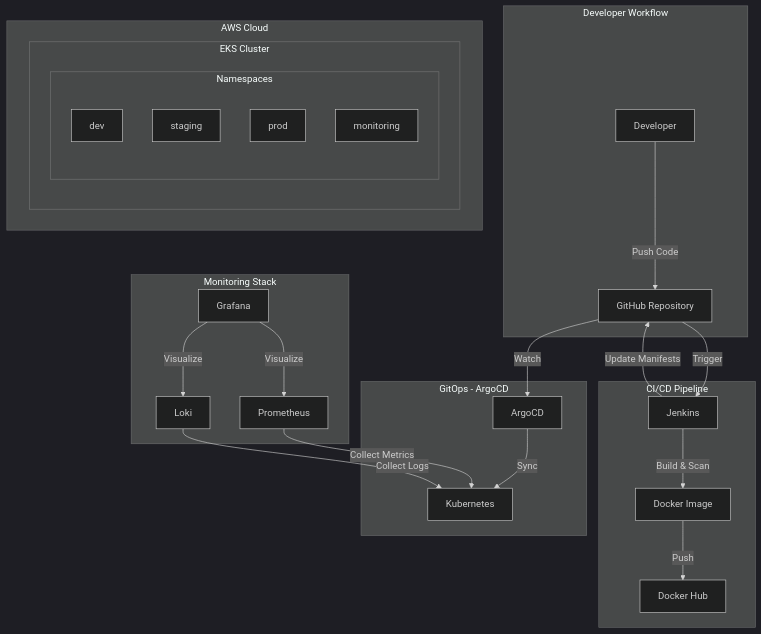
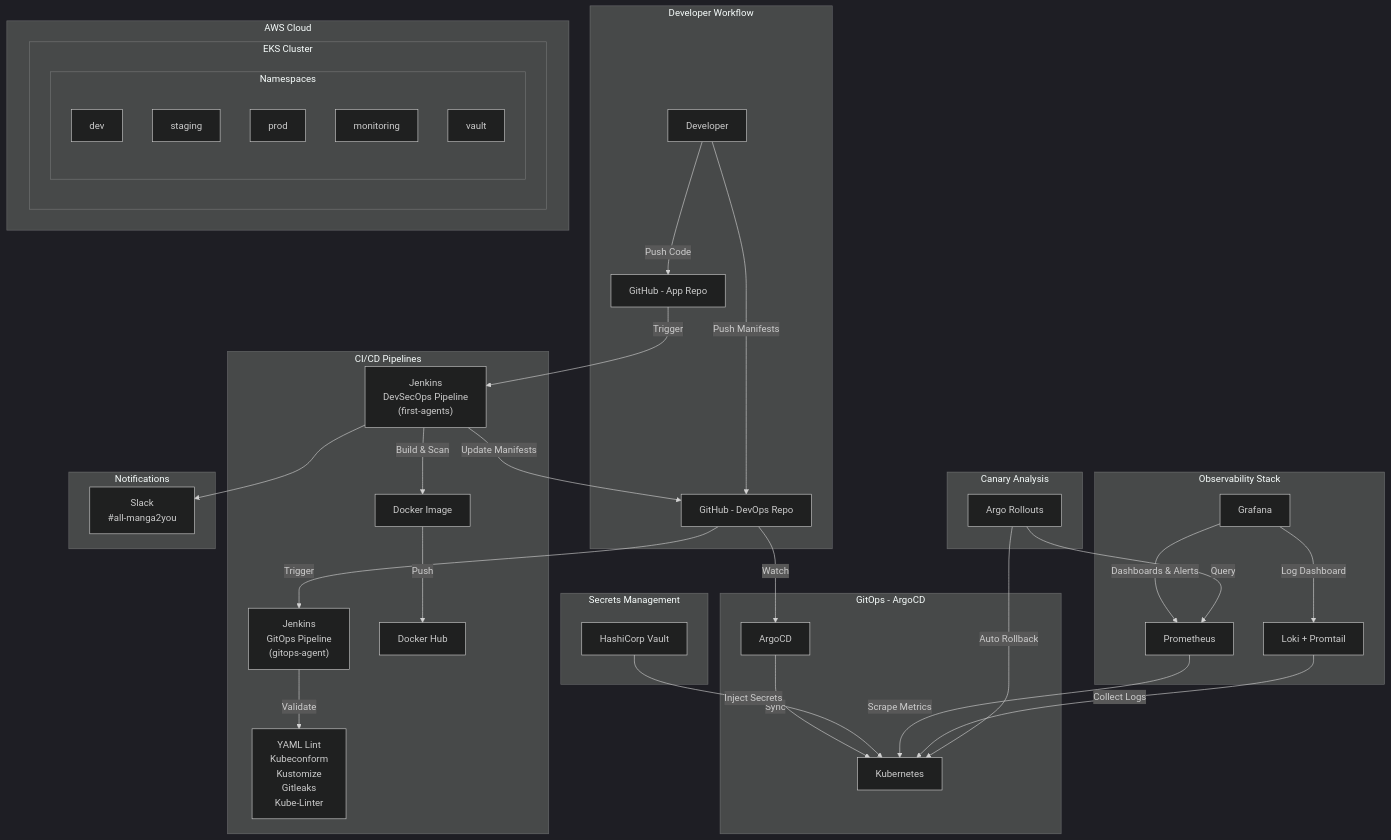
One commit to saberBenhamda0/monolithic-devops-project changed the first of 4 diagrams in README.md. Above: the diagram before and after it, drawn with Mermaid (dark theme). The commit also changed other lines of this file, not shown here.

````diff
--- a/README.md
+++ b/README.md
@@ -37,37 +43,56 @@
 ```mermaid
 flowchart TB
     subgraph "Developer Workflow"
-        DEV[Developer] -->|Push Code| GH[GitHub Repository]
+        DEV[Developer] -->|Push Code| GH_APP[GitHub - App Repo]
+        DEV -->|Push Manifests| GH_OPS[GitHub - DevOps Repo]
     end
-    
-    subgraph "CI/CD Pipeline"
-        GH -->|Trigger| JEN[Jenkins]
-        JEN -->|Build & Scan| DOCK[Docker Image]
+
+    subgraph "CI/CD Pipelines"
+        GH_APP -->|Trigger| JEN_DEV["Jenkins<br/>DevSecOps Pipeline<br/>(first-agents)"]
+        GH_OPS -->|Trigger| JEN_GIT["Jenkins<br/>GitOps Pipeline<br/>(gitops-agent)"]
+        JEN_DEV -->|Build & Scan| DOCK[Docker Image]
         DOCK -->|Push| DHB[Docker Hub]
-        JEN -->|Update Manifests| GH
+        JEN_DEV -->|Update Manifests| GH_OPS
+        JEN_GIT -->|Validate| VALID["YAML Lint<br/>Kubeconform<br/>Kustomize<br/>Gitleaks<br/>Kube-Linter"]
     end
-    
+
     subgraph "GitOps - ArgoCD"
-        GH -->|Watch| ARGO[ArgoCD]
+        GH_OPS -->|Watch| ARGO[ArgoCD]
         ARGO -->|Sync| K8S
     end
-    
+
     subgraph "AWS Cloud"
         subgraph "EKS Cluster"
             K8S[Kubernetes]
             subgraph "Namespaces"
                 DEV_NS[dev]
                 STG_NS[staging]
                 PROD_NS[prod]
                 MON_NS[monitoring]
+                VAULT_NS[vault]
             end
         end
     end
-    
-    subgraph "Monitoring Stack"
-        PROM[Prometheus] -->|Collect Metrics| K8S
-        LOKI[Loki] -->|Collect Logs| K8S
-        GRAF[Grafana] -->|Visualize| PROM
-        GRAF -->|Visualize| LOKI
+
+    subgraph "Secrets Management"
+        VAULT[HashiCorp Vault] -->|Inject Secrets| K8S
     end
+
+    subgraph "Observability Stack"
+        PROM[Prometheus] -->|Scrape Metrics| K8S
+        LOKI[Loki + Promtail] -->|Collect Logs| K8S
+        GRAF[Grafana] -->|Dashboards & Alerts| PROM
+        GRAF -->|Log Dashboard| LOKI
+    end
+
+    subgraph "Canary Analysis"
+        ARGO_ROLL[Argo Rollouts] -->|Query| PROM
+        ARGO_ROLL -->|Auto Rollback| K8S
+    end
+
+    subgraph "Notifications"
+        S["Slack<br/>#all-manga2you"]
+    end
+
+    JEN_DEV --> S
 ```
````
